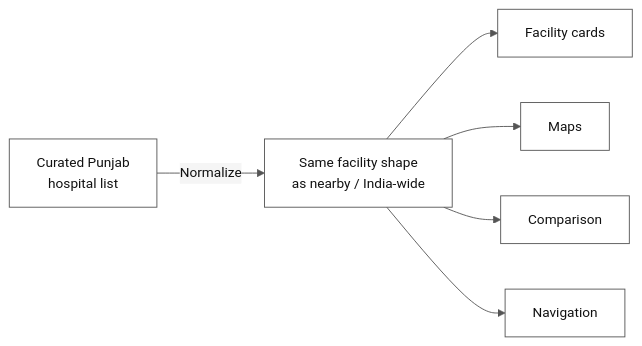
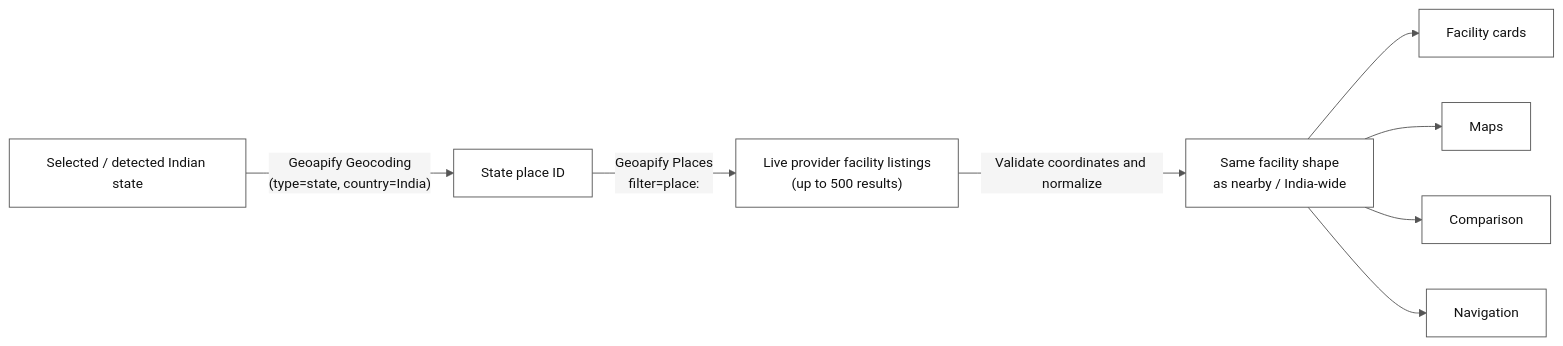
The fifth of 8 diagrams in PROJECT INFORMATION/DATA-FLOW.md (vanshkatnor1505/BuiltTechies), drawn with Mermaid before and after one commit. The commit also changed other lines of this file, not shown here.

Commit message:
feat: update state-level facility flow to use Geoapify for dynamic results instead of a fixed Punjab list

````diff
--- a/PROJECT INFORMATION/DATA-FLOW.md
+++ b/PROJECT INFORMATION/DATA-FLOW.md
@@ -168,9 +168,11 @@
 ```mermaid
 flowchart LR
     %%{init: {'theme':'base', 'themeVariables': {'primaryColor':'#ffffff','primaryTextColor':'#111111','primaryBorderColor':'#555555','lineColor':'#555555','secondaryColor':'#f5f5f5','tertiaryColor':'#ffffff','fontSize':'15px','darkMode':false,'background':'#ffffff'}}}%%
-    CUR["Curated Punjab\nhospital list"] -->|"Normalize"| FM["Same facility shape\nas nearby / India-wide"]
+    LOC["Selected / detected Indian state"] -->|"Geoapify Geocoding\n(type=state, country=India)"| BOUNDARY["State place ID"]
+    BOUNDARY -->|"Geoapify Places\nfilter=place:<place ID>"| LIVE["Live provider facility listings\n(up to 500 results)"]
+    LIVE -->|"Validate coordinates and normalize"| FM["Same facility shape\nas nearby / India-wide"]
     FM --> CARD["Facility cards"]
     FM --> MAP["Maps"]
     FM --> COMPARE["Comparison"]
     FM --> NAV["Navigation"]
 ```
````
